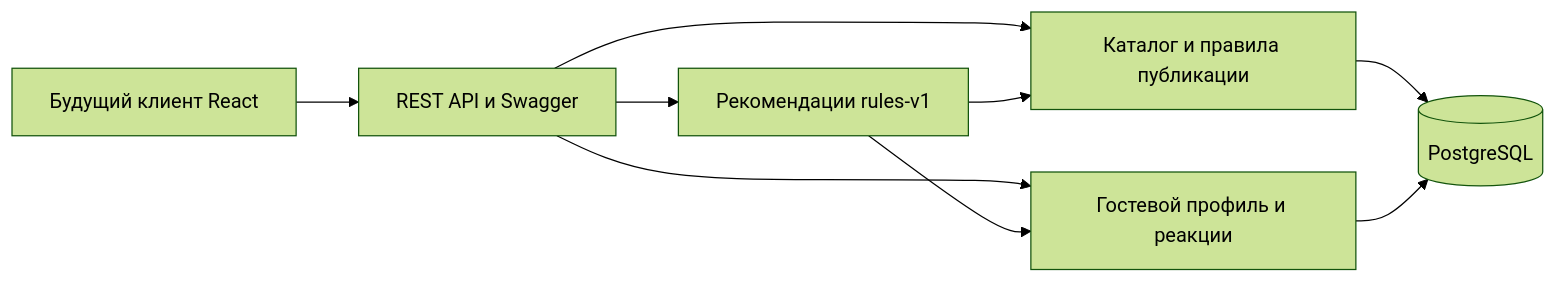
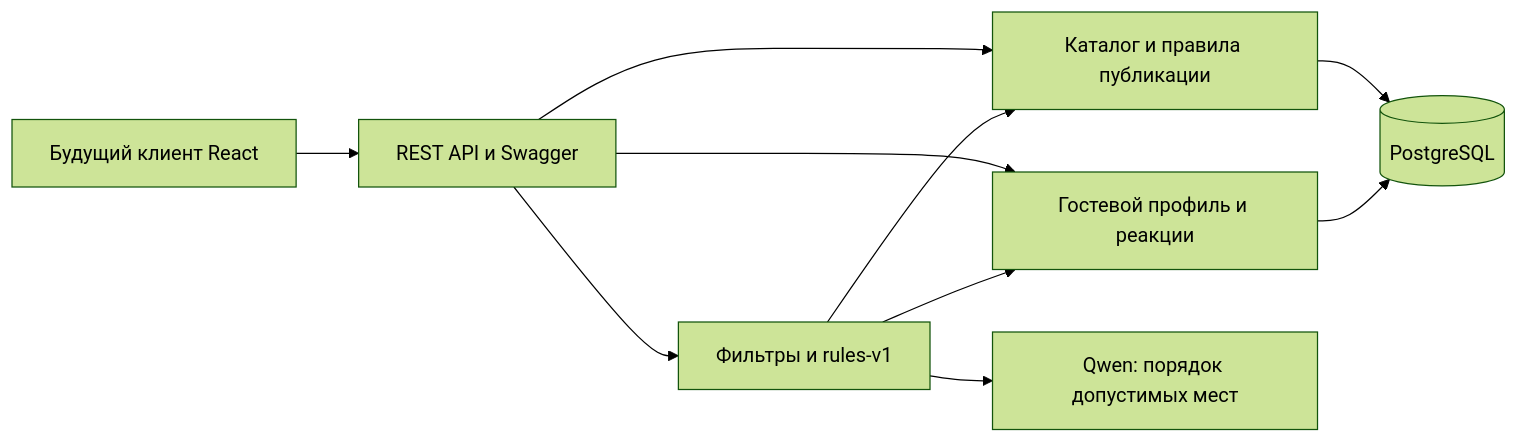
Before and after one commit to INaTeI/Kuda_Shodit_VL: the diagram in docs/architecture.md, drawn with Mermaid (forest theme). The commit also changed 10 other files, not shown here.

````diff
--- a/docs/architecture.md
+++ b/docs/architecture.md
@@ -9,11 +9,12 @@
 ```mermaid
 flowchart LR
     React[Будущий клиент React] --> Routes[REST API и Swagger]
     Routes --> Catalog[Каталог и правила публикации]
     Routes --> Profiles[Гостевой профиль и реакции]
-    Routes --> Ranking[Рекомендации rules-v1]
+    Routes --> Ranking[Фильтры и rules-v1]
+    Ranking --> Qwen[Qwen: порядок допустимых мест]
     Ranking --> Catalog
     Ranking --> Profiles
     Catalog --> DB[(PostgreSQL)]
     Profiles --> DB
 ```
````
